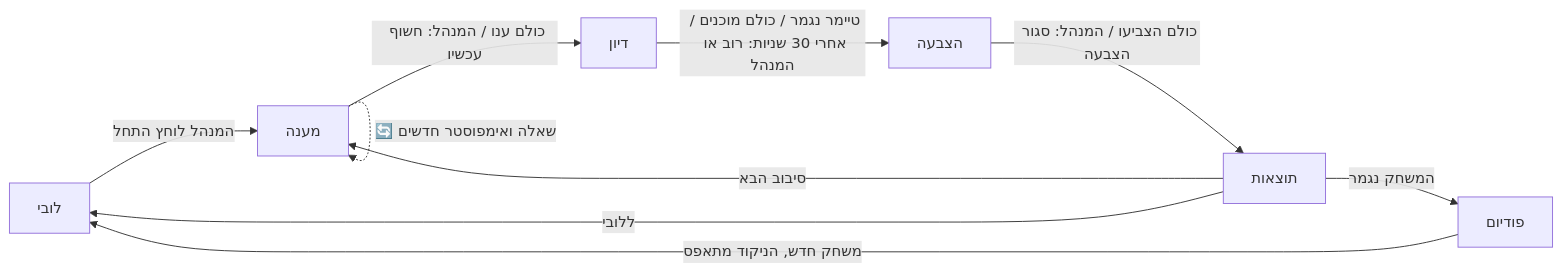
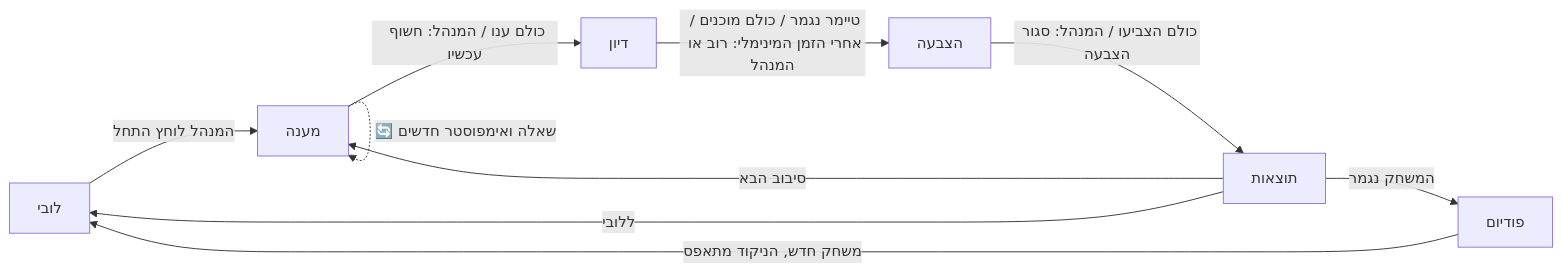
One commit to arielhone/impostor-party changed the first of 2 diagrams in README.md. Above: the diagram before and after it, drawn with Mermaid. The commit also changed other lines of this file and 2 other files, not shown here.

````diff
--- a/README.md
+++ b/README.md
@@ -30,12 +30,12 @@
 ```mermaid
 flowchart LR
     L[לובי] -->|המנהל לוחץ התחל| A[מענה]
     A -->|כולם ענו / המנהל: חשוף עכשיו| D[דיון]
     A -.->|🔄 שאלה ואימפוסטר חדשים| A
-    D -->|טיימר נגמר / כולם מוכנים / אחרי 30 שניות: רוב או המנהל| V[הצבעה]
+    D -->|טיימר נגמר / כולם מוכנים / אחרי הזמן המינימלי: רוב או המנהל| V[הצבעה]
     V -->|כולם הצביעו / המנהל: סגור הצבעה| R[תוצאות]
     R -->|סיבוב הבא| A
     R -->|ללובי| L
     R -->|המשחק נגמר| P[פודיום]
     P -->|משחק חדש, הניקוד מתאפס| L
 ```
````
